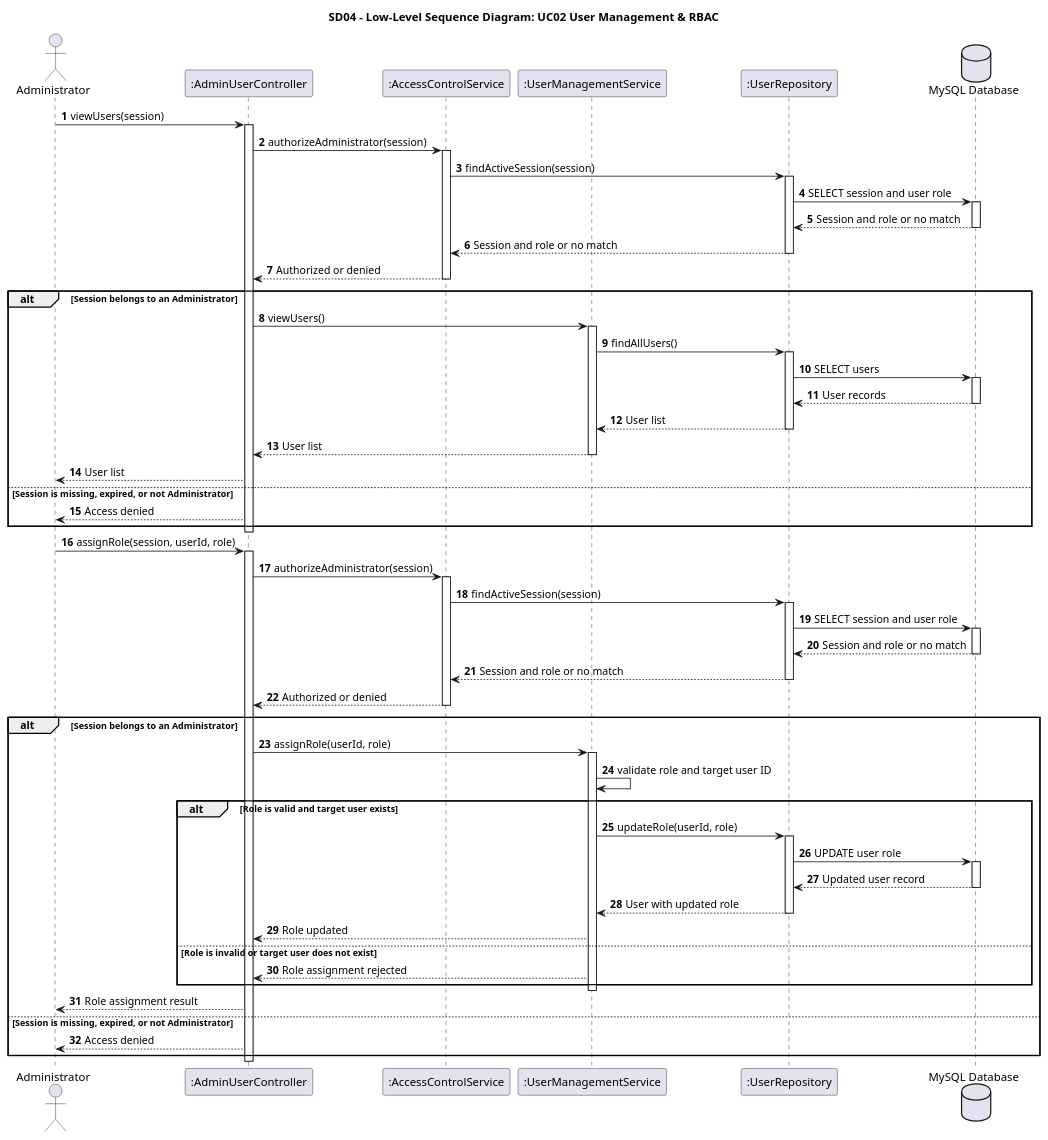
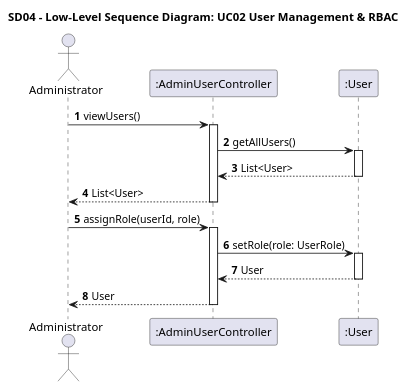
The diagram in uml/sequence-diagrams/SD04_Low_Level_UC02_UserManagement.puml (LeenQasem/SE-project-group8), drawn with PlantUML before and after one commit. The commit also changed 7 other files, not shown here.

```diff
--- a/uml/sequence-diagrams/SD04_Low_Level_UC02_UserManagement.puml
+++ b/uml/sequence-diagrams/SD04_Low_Level_UC02_UserManagement.puml
@@ -1,81 +1,25 @@
 @startuml SD04_Low_Level_UC02_UserManagement
 title SD04 - Low-Level Sequence Diagram: UC02 User Management & RBAC
 autonumber
 actor Administrator as Admin
-participant ":AdminUserController" as AdminController
-participant ":AccessControlService" as AccessControl
-participant ":UserManagementService" as UserManagement
-participant ":UserRepository" as UserRepository
-database "MySQL Database" as DB
+participant ":AdminUserController" as AdminCtrl
+participant ":User" as U
 
-Admin -> AdminController : viewUsers(session)
-activate AdminController
-AdminController -> AccessControl : authorizeAdministrator(session)
-activate AccessControl
-AccessControl -> UserRepository : findActiveSession(session)
-activate UserRepository
-UserRepository -> DB : SELECT session and user role
-activate DB
-DB --> UserRepository : Session and role or no match
-deactivate DB
-UserRepository --> AccessControl : Session and role or no match
-deactivate UserRepository
-AccessControl --> AdminController : Authorized or denied
-deactivate AccessControl
-alt Session belongs to an Administrator
-    AdminController -> UserManagement : viewUsers()
-    activate UserManagement
-    UserManagement -> UserRepository : findAllUsers()
-    activate UserRepository
-    UserRepository -> DB : SELECT users
-    activate DB
-    DB --> UserRepository : User records
-    deactivate DB
-    UserRepository --> UserManagement : User list
-    deactivate UserRepository
-    UserManagement --> AdminController : User list
-    deactivate UserManagement
-    AdminController --> Admin : User list
-else Session is missing, expired, or not Administrator
-    AdminController --> Admin : Access denied
-end
-deactivate AdminController
+Admin -> AdminCtrl : viewUsers()
+activate AdminCtrl
+AdminCtrl -> U : getAllUsers()
+activate U
+U --> AdminCtrl : List<User>
+deactivate U
+AdminCtrl --> Admin : List<User>
+deactivate AdminCtrl
 
-Admin -> AdminController : assignRole(session, userId, role)
-activate AdminController
-AdminController -> AccessControl : authorizeAdministrator(session)
-activate AccessControl
-AccessControl -> UserRepository : findActiveSession(session)
-activate UserRepository
-UserRepository -> DB : SELECT session and user role
-activate DB
-DB --> UserRepository : Session and role or no match
-deactivate DB
-UserRepository --> AccessControl : Session and role or no match
-deactivate UserRepository
-AccessControl --> AdminController : Authorized or denied
-deactivate AccessControl
-alt Session belongs to an Administrator
-    AdminController -> UserManagement : assignRole(userId, role)
-    activate UserManagement
-    UserManagement -> UserManagement : validate role and target user ID
-    alt Role is valid and target user exists
-        UserManagement -> UserRepository : updateRole(userId, role)
-        activate UserRepository
-        UserRepository -> DB : UPDATE user role
-        activate DB
-        DB --> UserRepository : Updated user record
-        deactivate DB
-        UserRepository --> UserManagement : User with updated role
-        deactivate UserRepository
-        UserManagement --> AdminController : Role updated
-    else Role is invalid or target user does not exist
-        UserManagement --> AdminController : Role assignment rejected
-    end
-    deactivate UserManagement
-    AdminController --> Admin : Role assignment result
-else Session is missing, expired, or not Administrator
-    AdminController --> Admin : Access denied
-end
-deactivate AdminController
+Admin -> AdminCtrl : assignRole(userId, role)
+activate AdminCtrl
+AdminCtrl -> U : setRole(role: UserRole)
+activate U
+U --> AdminCtrl : User
+deactivate U
+AdminCtrl --> Admin : User
+deactivate AdminCtrl
 @enduml
```
